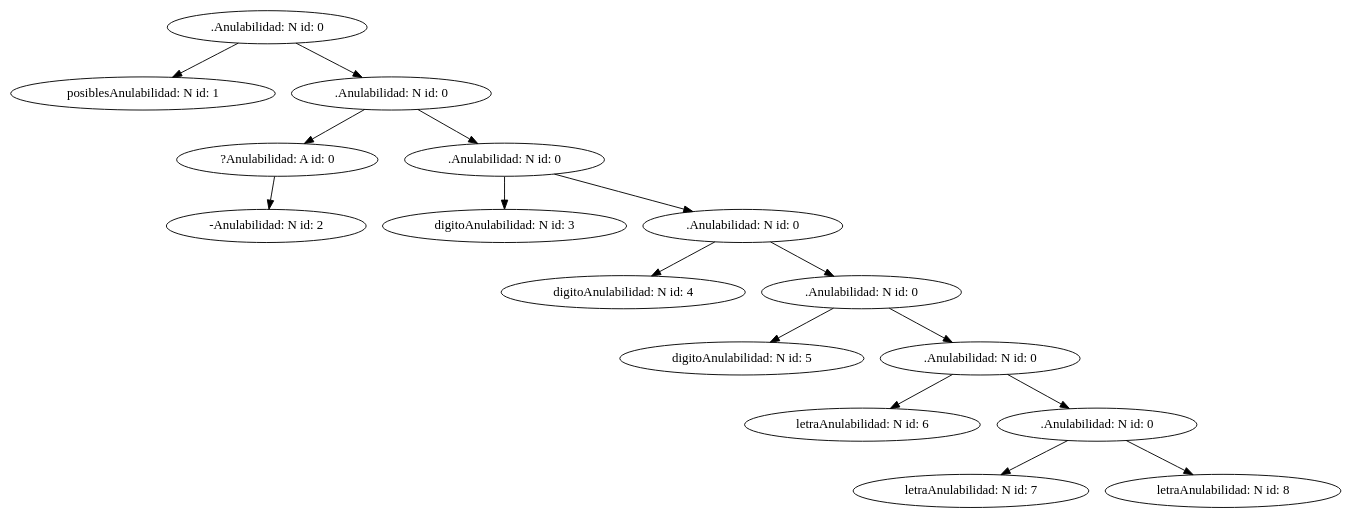
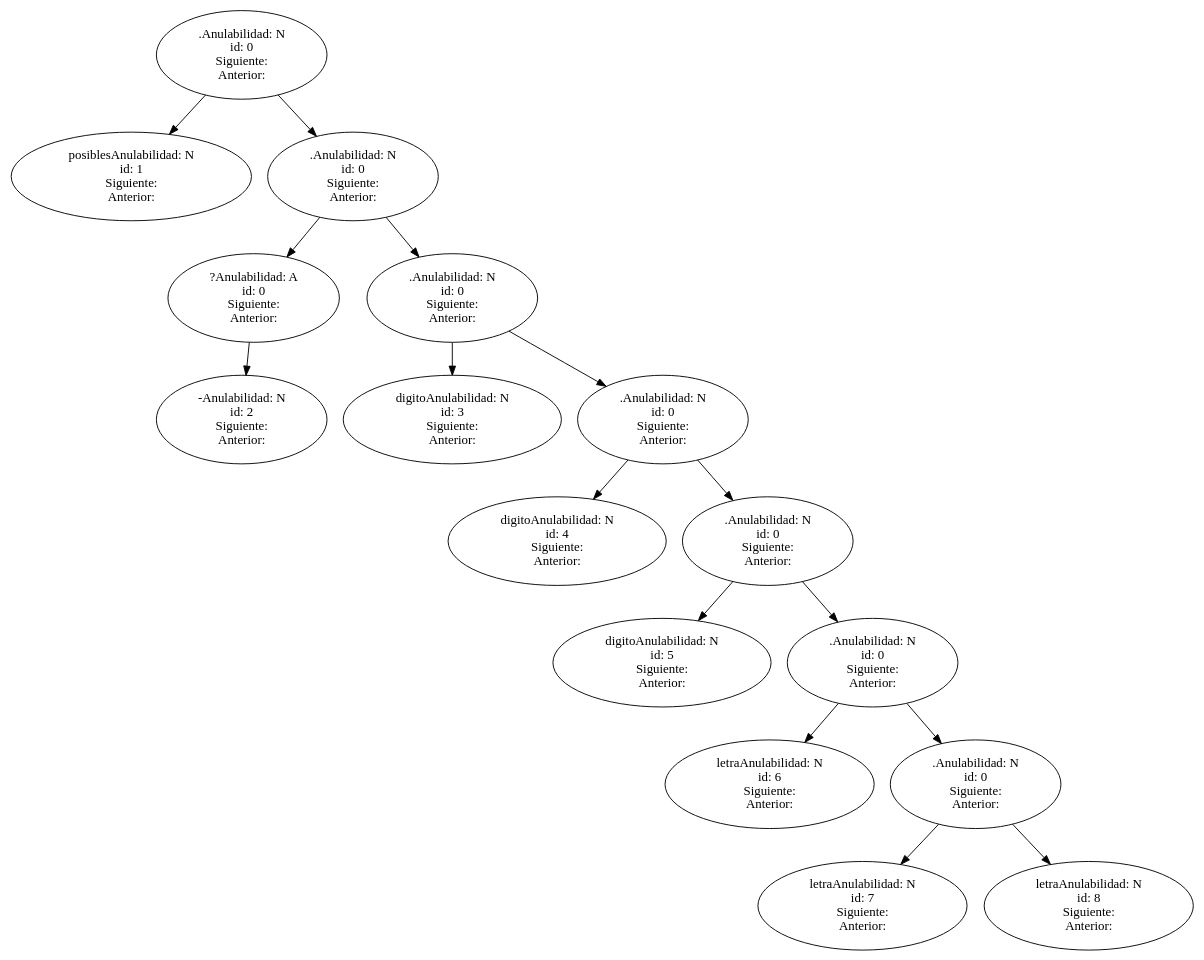
One commit to LuisCutzal/OLC1_Proyecto1_201700841 changed the diagram in Proyecto1/Proyecto1/Arbol_Sintactico.dot. Above: the diagram before and after it, drawn with Graphviz. The commit also changed 8 other files, not shown here.

```diff
--- a/Proyecto1/Proyecto1/Arbol_Sintactico.dot
+++ b/Proyecto1/Proyecto1/Arbol_Sintactico.dot
@@ -1,36 +1,84 @@
 Digraph Arbol{
 
-node0[label = ".Anulabilidad: N id: 0"];
+node0[label = ".Anulabilidad: N
+ id: 0
+Siguiente: 
+Anterior:"];
 node0 -> node00
-node00[label = "posiblesAnulabilidad: N id: 1"];
+node00[label = "posiblesAnulabilidad: N
+ id: 1
+Siguiente: 
+Anterior:"];
 node0 -> node01
-node01[label = ".Anulabilidad: N id: 0"];
+node01[label = ".Anulabilidad: N
+ id: 0
+Siguiente: 
+Anterior:"];
 node01 -> node010
-node010[label = "?Anulabilidad: A id: 0"];
+node010[label = "?Anulabilidad: A
+ id: 0
+Siguiente: 
+Anterior:"];
 node010 -> node0100
-node0100[label = "-Anulabilidad: N id: 2"];
+node0100[label = "-Anulabilidad: N
+ id: 2
+Siguiente: 
+Anterior:"];
 node01 -> node011
-node011[label = ".Anulabilidad: N id: 0"];
+node011[label = ".Anulabilidad: N
+ id: 0
+Siguiente: 
+Anterior:"];
 node011 -> node0110
-node0110[label = "digitoAnulabilidad: N id: 3"];
+node0110[label = "digitoAnulabilidad: N
+ id: 3
+Siguiente: 
+Anterior:"];
 node011 -> node0111
-node0111[label = ".Anulabilidad: N id: 0"];
+node0111[label = ".Anulabilidad: N
+ id: 0
+Siguiente: 
+Anterior:"];
 node0111 -> node01110
-node01110[label = "digitoAnulabilidad: N id: 4"];
+node01110[label = "digitoAnulabilidad: N
+ id: 4
+Siguiente: 
+Anterior:"];
 node0111 -> node01111
-node01111[label = ".Anulabilidad: N id: 0"];
+node01111[label = ".Anulabilidad: N
+ id: 0
+Siguiente: 
+Anterior:"];
 node01111 -> node011110
-node011110[label = "digitoAnulabilidad: N id: 5"];
+node011110[label = "digitoAnulabilidad: N
+ id: 5
+Siguiente: 
+Anterior:"];
 node01111 -> node011111
-node011111[label = ".Anulabilidad: N id: 0"];
+node011111[label = ".Anulabilidad: N
+ id: 0
+Siguiente: 
+Anterior:"];
 node011111 -> node0111110
-node0111110[label = "letraAnulabilidad: N id: 6"];
+node0111110[label = "letraAnulabilidad: N
+ id: 6
+Siguiente: 
+Anterior:"];
 node011111 -> node0111111
-node0111111[label = ".Anulabilidad: N id: 0"];
+node0111111[label = ".Anulabilidad: N
+ id: 0
+Siguiente: 
+Anterior:"];
 node0111111 -> node01111110
-node01111110[label = "letraAnulabilidad: N id: 7"];
+node01111110[label = "letraAnulabilidad: N
+ id: 7
+Siguiente: 
+Anterior:"];
 node0111111 -> node01111111
-node01111111[label = "letraAnulabilidad: N id: 8"];
+node01111111[label = "letraAnulabilidad: N
+ id: 8
+Siguiente: 
+Anterior:"];
 
 
 }
```
